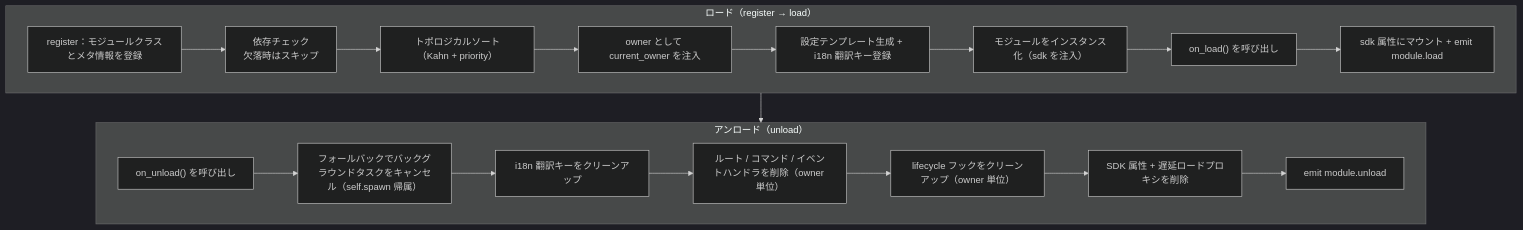
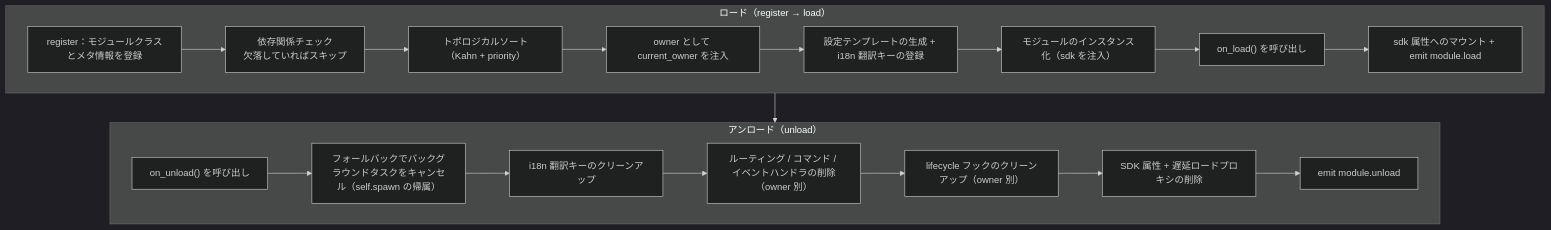
The first of 2 diagrams in docs/ja/ai-support/skills/erispulse-module-dev/SKILL.md (ErisPulse/ErisPulse), drawn with Mermaid (dark theme) before and after one commit. The commit also changed other lines of this file and 194 other files, not shown here.

````diff
--- a/docs/ja/ai-support/skills/erispulse-module-dev/SKILL.md
+++ b/docs/ja/ai-support/skills/erispulse-module-dev/SKILL.md
@@ -346,23 +347,23 @@
 ```mermaid
 flowchart TD
     subgraph Load["ロード（register → load）"]
-        L1["register：モジュールクラスとメタ情報を登録"] --> L2["依存チェック<br/>欠落時はスキップ"]
+        L1["register：モジュールクラスとメタ情報を登録"] --> L2["依存関係チェック<br/>欠落していればスキップ"]
         L2 --> L3["トポロジカルソート（Kahn + priority）"]
         L3 --> L4["owner として current_owner を注入"]
-        L4 --> L5["設定テンプレート生成 + i18n 翻訳キー登録"]
-        L5 --> L6["モジュールをインスタンス化（sdk を注入）"]
+        L4 --> L5["設定テンプレートの生成 + i18n 翻訳キーの登録"]
+        L5 --> L6["モジュールのインスタンス化（sdk を注入）"]
         L6 --> L7["on_load() を呼び出し"]
-        L7 --> L8["sdk 属性にマウント + emit module.load"]
+        L7 --> L8["sdk 属性へのマウント + emit module.load"]
     end
 
     subgraph Unload["アンロード（unload）"]
-        U1["on_unload() を呼び出し"] --> U2["フォールバックでバックグラウンドタスクをキャンセル（self.spawn 帰属）"]
-        U2 --> U3["i18n 翻訳キーをクリーンアップ"]
-        U3 --> U4["ルート / コマンド / イベントハンドラを削除（owner 単位）"]
-        U4 --> U5["lifecycle フックをクリーンアップ（owner 単位）"]
-        U5 --> U6["SDK 属性 + 遅延ロードプロキシを削除"]
+        U1["on_unload() を呼び出し"] --> U2["フォールバックでバックグラウンドタスクをキャンセル（self.spawn の帰属）"]
+        U2 --> U3["i18n 翻訳キーのクリーンアップ"]
+        U3 --> U4["ルーティング / コマンド / イベントハンドラの削除（owner 別）"]
+        U4 --> U5["lifecycle フックのクリーンアップ（owner 別）"]
+        U5 --> U6["SDK 属性 + 遅延ロードプロキシの削除"]
         U6 --> U7["emit module.unload"]
     end
 
     Load --> Unload
 ```
````
